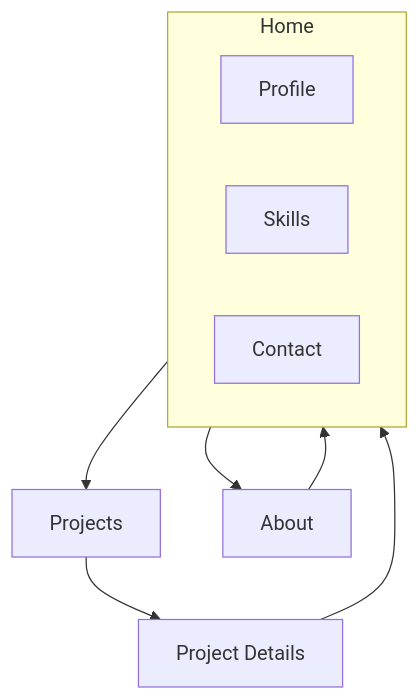
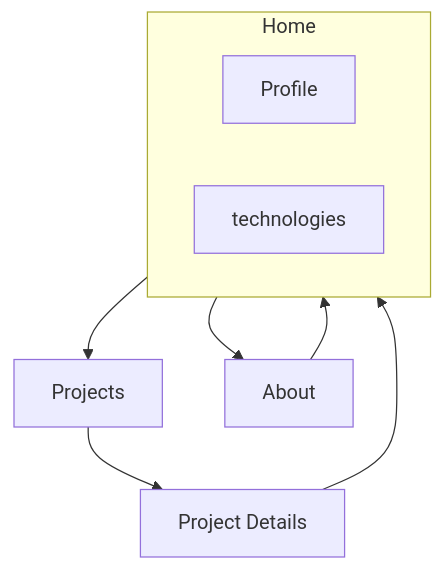
Before and after one commit to abdelhaymallouli/Portfolio-mallouli-abdelhay: the diagram in Conception/diagram.mmd, drawn with Mermaid. The commit also changed 5 other files, not shown here.

Commit message:
Update the DIagrams of The Presentation

```diff
--- a/Conception/diagram.mmd
+++ b/Conception/diagram.mmd
@@ -1,11 +1,10 @@
 graph TD
     subgraph Home
         A1[Profile]
-        A2[Skills]
-        A3[Contact]
+        A2[technologies]
     end
     Home --> B[Projects]
     Home --> C[About]
     B --> D[Project Details]
     D --> Home
     C --> Home
```
